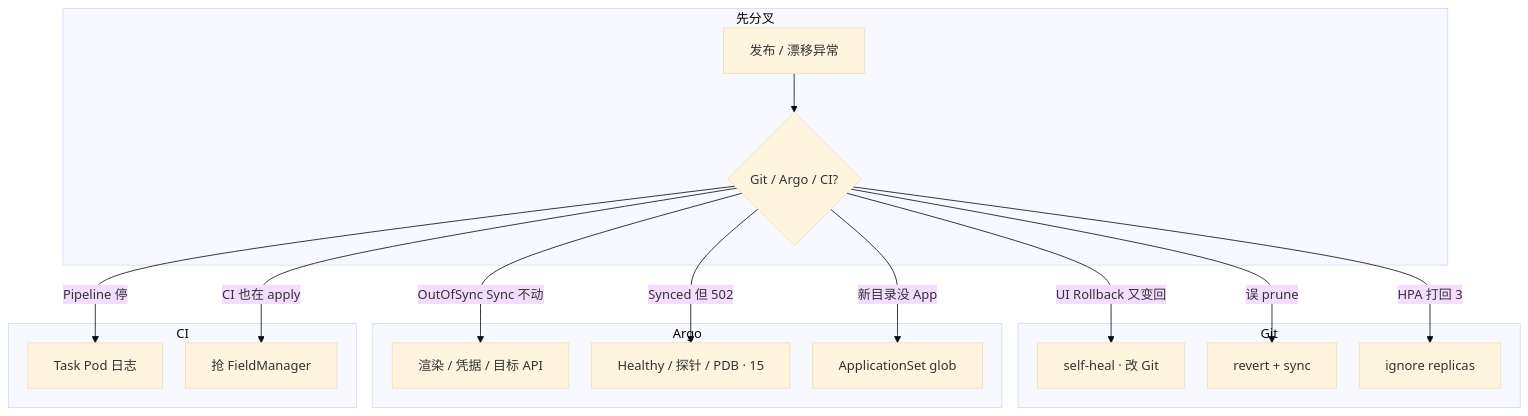
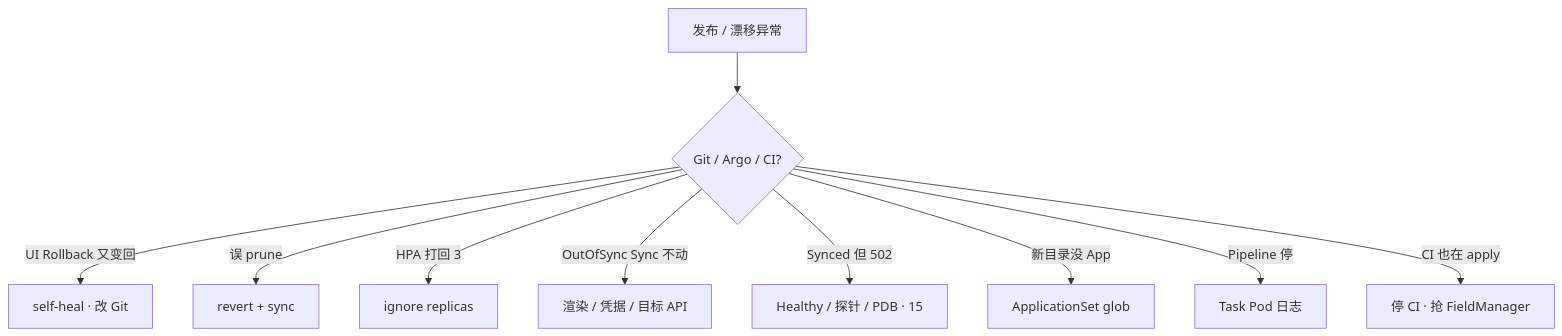
The eighth of 8 diagrams in 03-Kubernetes/23-GitOps-ArgoCD与Tekton/知识点.md (ml-cuizijun/LearnToLilith), drawn with Mermaid before and after one commit. The commit also changed other lines of this file and 178 other files, not shown here.

````diff
--- a/03-Kubernetes/23-GitOps-ArgoCD与Tekton/知识点.md
+++ b/03-Kubernetes/23-GitOps-ArgoCD与Tekton/知识点.md
@@ -519,29 +452,12 @@
 ```mermaid
-%%{init: {"flowchart": {"padding": 16, "nodeSpacing": 28, "rankSpacing": 48}, "theme": "base"}}%%
 flowchart TB
-    subgraph gate ["先分叉"]
-        A[发布 / 漂移异常] --> B{Git / Argo / CI?}
-    end
-
-    subgraph git ["Git"]
-        B -->|UI Rollback 又变回| C[self-heal · 改 Git]
-        B -->|误 prune| D[revert + sync]
-        B -->|HPA 打回 3| E[ignore replicas]
-    end
-
-    subgraph argo ["Argo"]
-        B -->|OutOfSync Sync 不动| F[渲染 / 凭据 / 目标 API]
-        B -->|Synced 但 502| G[Healthy / 探针 / PDB · 15]
-        B -->|新目录没 App| H[ApplicationSet glob]
-    end
-
-    subgraph ci ["CI"]
-        B -->|Pipeline 停| I[Task Pod 日志]
-        B -->|CI 也在 apply| J[抢 FieldManager]
-    end
-
-    class D,J bad
-    class C,E ok
-    class F,G,H,I warn
-
+    A[发布 / 漂移异常] --> B{Git / Argo / CI?}
+    B -->|UI Rollback 又变回| C[self-heal · 改 Git]
+    B -->|误 prune| D[revert + sync]
+    B -->|HPA 打回 3| E[ignore replicas]
+    B -->|OutOfSync Sync 不动| F[渲染 / 凭据 / 目标 API]
+    B -->|Synced 但 502| G[Healthy / 探针 / PDB · 15]
+    B -->|新目录没 App| H[ApplicationSet glob]
+    B -->|Pipeline 停| I[Task Pod 日志]
+    B -->|CI 也在 apply| J[停 CI · 抢 FieldManager]
 ```
````
